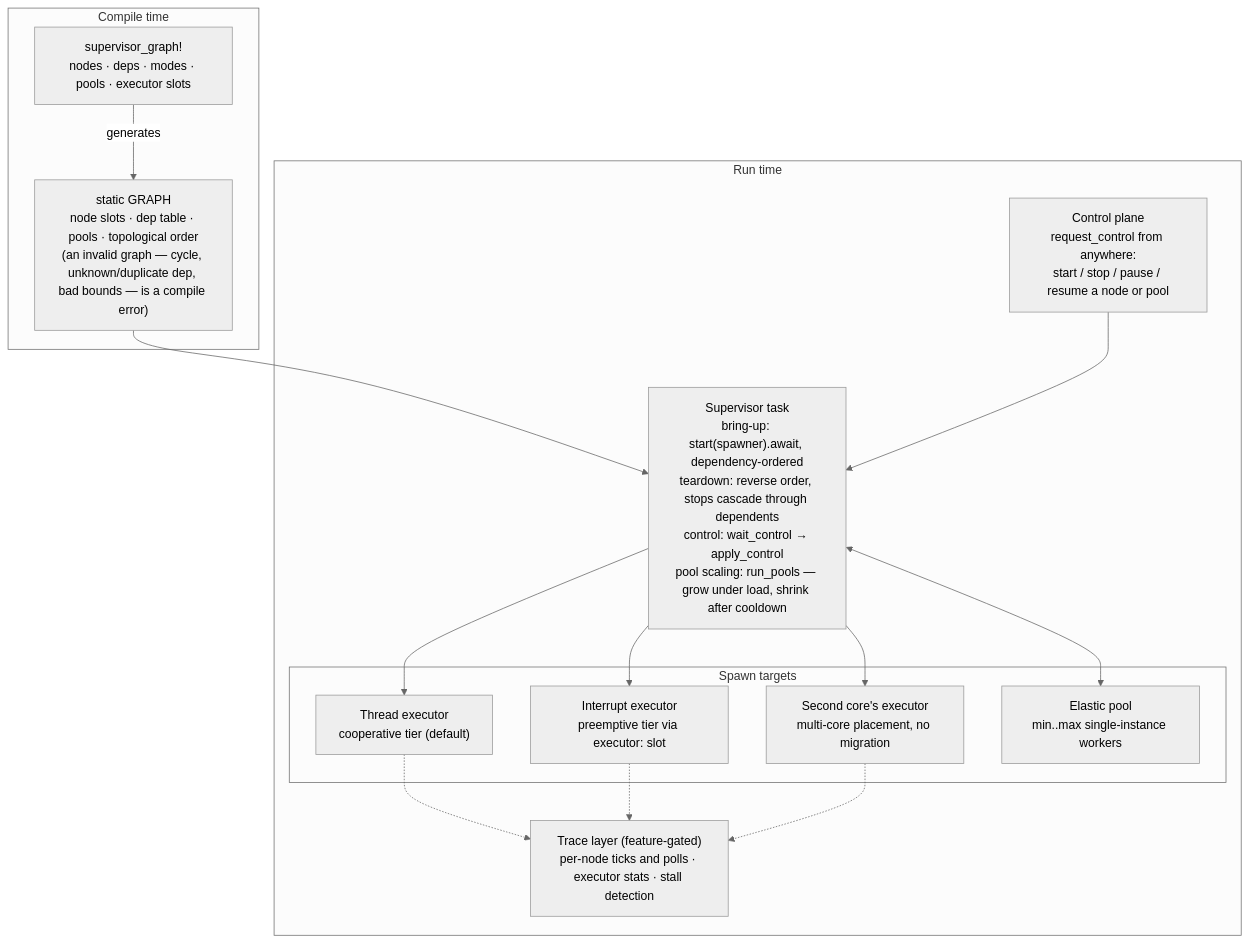
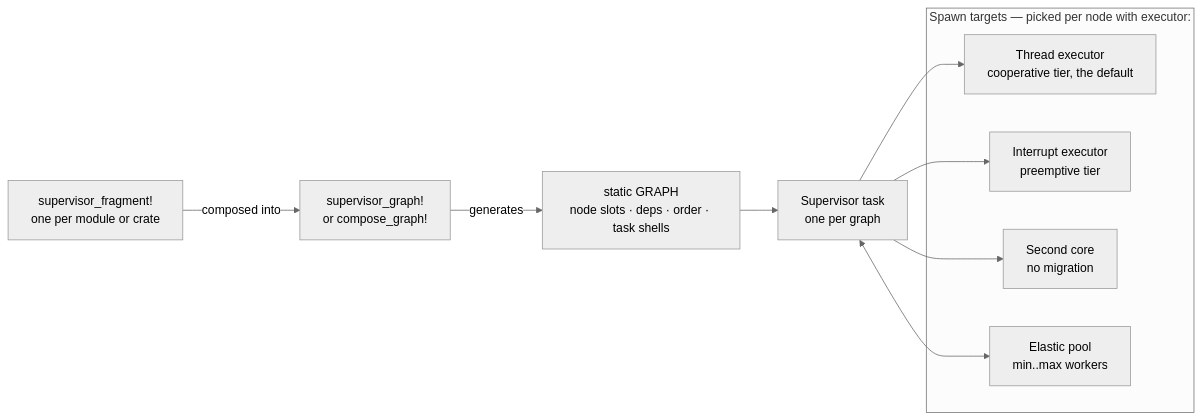
Before and after one commit to cedrivard/embassy-supervisor: the first of 3 diagrams in README.md, drawn with Mermaid (neutral theme). The commit also changed other lines of this file and 23 other files, not shown here.

First line of the commit message:
Bind plain supervisor-unaware workers to the graph (#11)

````diff
--- a/README.md
+++ b/README.md
@@ -77,32 +79,23 @@
 ```mermaid
-flowchart TD
-    subgraph CT["Compile time"]
-        DSL["supervisor_graph!<br/>nodes · deps · modes · pools · executor slots"]
-        GRAPH["static GRAPH<br/>node slots · dep table · pools · topological order<br/>(an invalid graph — cycle, unknown/duplicate dep, bad bounds — is a compile error)"]
-        DSL -- generates --> GRAPH
+flowchart LR
+    FRAG["supervisor_fragment!<br/>one per module or crate"]
+    DSL["supervisor_graph!<br/>or compose_graph!"]
+    GEN["static GRAPH<br/>node slots · deps · order · task shells"]
+    SUP["Supervisor task<br/>one per graph"]
+
+    FRAG -- composed into --> DSL
+    DSL -- generates --> GEN
+    GEN --> SUP
+
+    subgraph TIERS["Spawn targets — picked per node with executor:"]
+        T0["Thread executor<br/>cooperative tier, the default"]
+        IE["Interrupt executor<br/>preemptive tier"]
+        C1["Second core<br/>no migration"]
+        POOL["Elastic pool<br/>min..max workers"]
     end
 
-    subgraph RT["Run time"]
-        SUP["Supervisor task<br/>bring-up: start(spawner).await, dependency-ordered<br/>teardown: reverse order, stops cascade through dependents<br/>control: wait_control → apply_control<br/>pool scaling: run_pools — grow under load, shrink after cooldown"]
-
-        subgraph EXEC["Spawn targets"]
-            T0["Thread executor<br/>cooperative tier (default)"]
-            IE["Interrupt executor<br/>preemptive tier via executor: slot"]
-            C1["Second core's executor<br/>multi-core placement, no migration"]
-            POOL["Elastic pool<br/>min..max single-instance workers"]
-        end
-
-        CTRL["Control plane<br/>request_control from anywhere:<br/>start / stop / pause / resume a node or pool"]
-        TRACE["Trace layer (feature-gated)<br/>per-node ticks and polls · executor stats · stall detection"]
-    end
-
-    GRAPH --> SUP
     SUP --> T0
     SUP --> IE
     SUP --> C1
     SUP <--> POOL
-    CTRL --> SUP
-    T0 -.-> TRACE
-    IE -.-> TRACE
-    C1 -.-> TRACE
 ```
````
